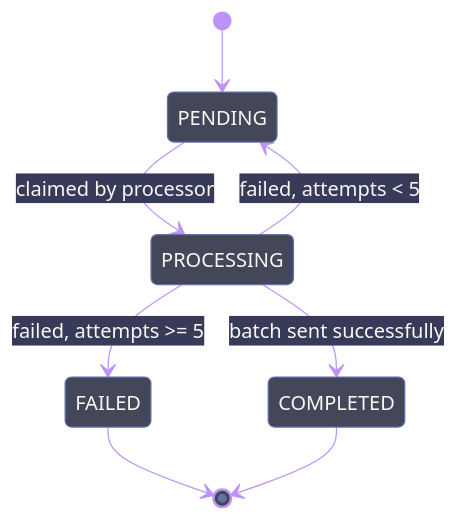
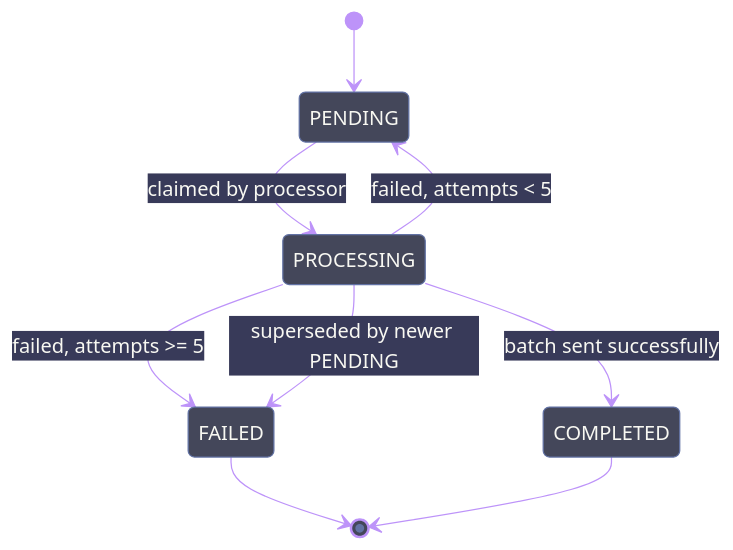
One commit to bratislava/konto.bratislava.sk changed the second of 2 diagrams in nest-city-account/src/bloomreach/README.md. Above: the diagram before and after it, drawn with Mermaid. The commit also changed other lines of this file, not shown here.

````diff
--- a/nest-city-account/src/bloomreach/README.md
+++ b/nest-city-account/src/bloomreach/README.md
@@ -37,11 +37,12 @@
 ```mermaid
 %%{init: {'theme': 'base', 'themeVariables': {'primaryColor': '#44475a', 'primaryTextColor': '#f8f8f2', 'primaryBorderColor': '#6272a4', 'lineColor': '#bd93f9', 'secondaryColor': '#383a59', 'tertiaryColor': '#282a36', 'background': '#282a36', 'mainBkg': '#44475a', 'nodeBorder': '#6272a4', 'labelBackgroundColor': '#282a36'}}}%%
 stateDiagram-v2
     [*] --> PENDING
     PENDING --> PROCESSING: claimed by processor
     PROCESSING --> COMPLETED: batch sent successfully
     PROCESSING --> PENDING: failed, attempts < 5
     PROCESSING --> FAILED: failed, attempts >= 5
+    PROCESSING --> FAILED: superseded by newer PENDING
     FAILED --> [*]
     COMPLETED --> [*]
 ```
````
